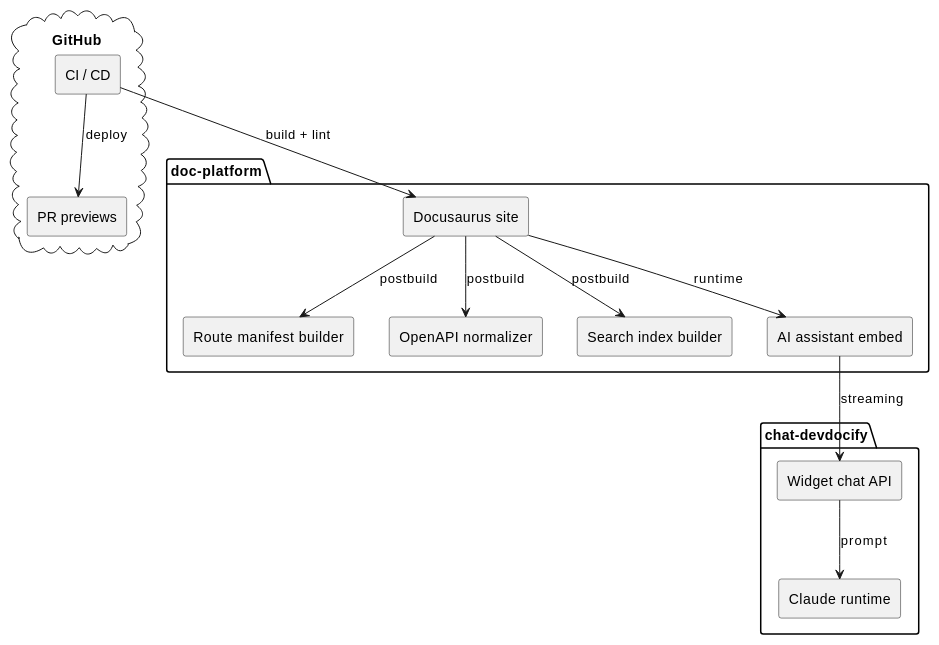
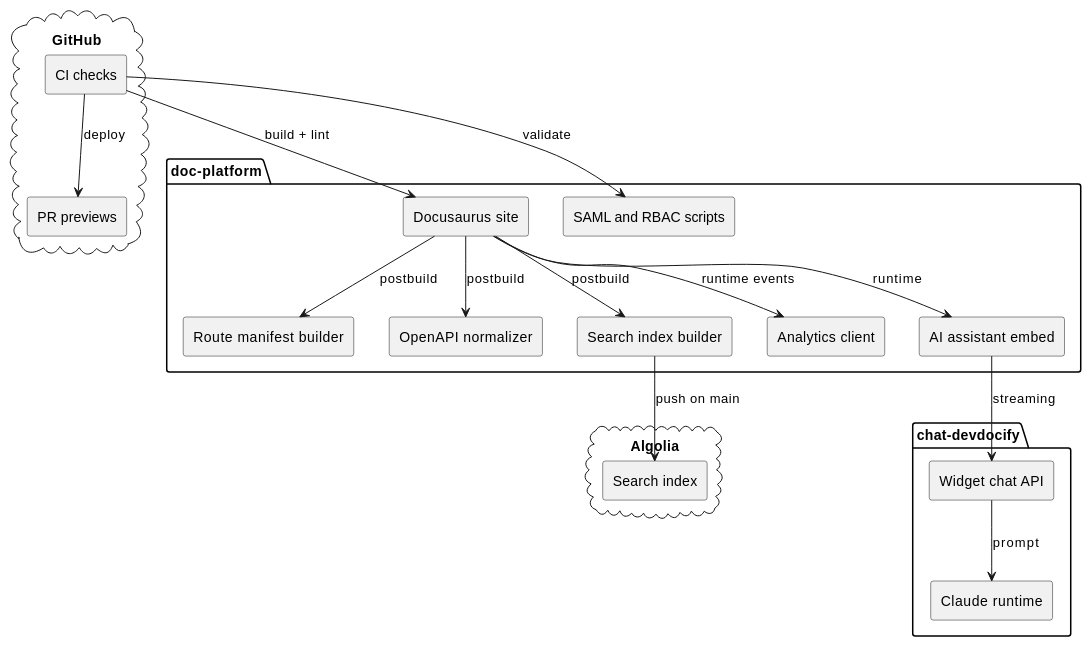
Before and after one commit to matthewrgourd/doc-platform: the diagram in docs/devdocify/explanation/index.md, drawn with PlantUML. The commit also changed other lines of this file and 67 other files, not shown here.

````diff
--- a/docs/devdocify/explanation/index.md
+++ b/docs/devdocify/explanation/index.md
@@ -40,33 +58,42 @@
 ```plantuml Platform component overview
 @startuml
 skinparam componentStyle rectangle
 skinparam backgroundColor transparent
 
 package "doc-platform" {
   [Docusaurus site] as site
   [Route manifest builder] as manifest
   [OpenAPI normalizer] as openapi
   [Search index builder] as search
+  [Analytics client] as analytics
   [AI assistant embed] as embed
+  [SAML and RBAC scripts] as access
 }
 
 package "chat-devdocify" {
   [Widget chat API] as api
   [Claude runtime] as claude
 }
 
 cloud "GitHub" {
-  [CI / CD] as ci
+  [CI checks] as ci
   [PR previews] as preview
+}
+
+cloud "Algolia" {
+  [Search index] as algolia
 }
 
 site --> manifest : postbuild
 site --> openapi : postbuild
 site --> search : postbuild
+search --> algolia : push on main
+site --> analytics : runtime events
 site --> embed : runtime
+ci --> access : validate
 embed --> api : streaming
 api --> claude : prompt
 ci --> site : build + lint
 ci --> preview : deploy
 @enduml
 ```
````
